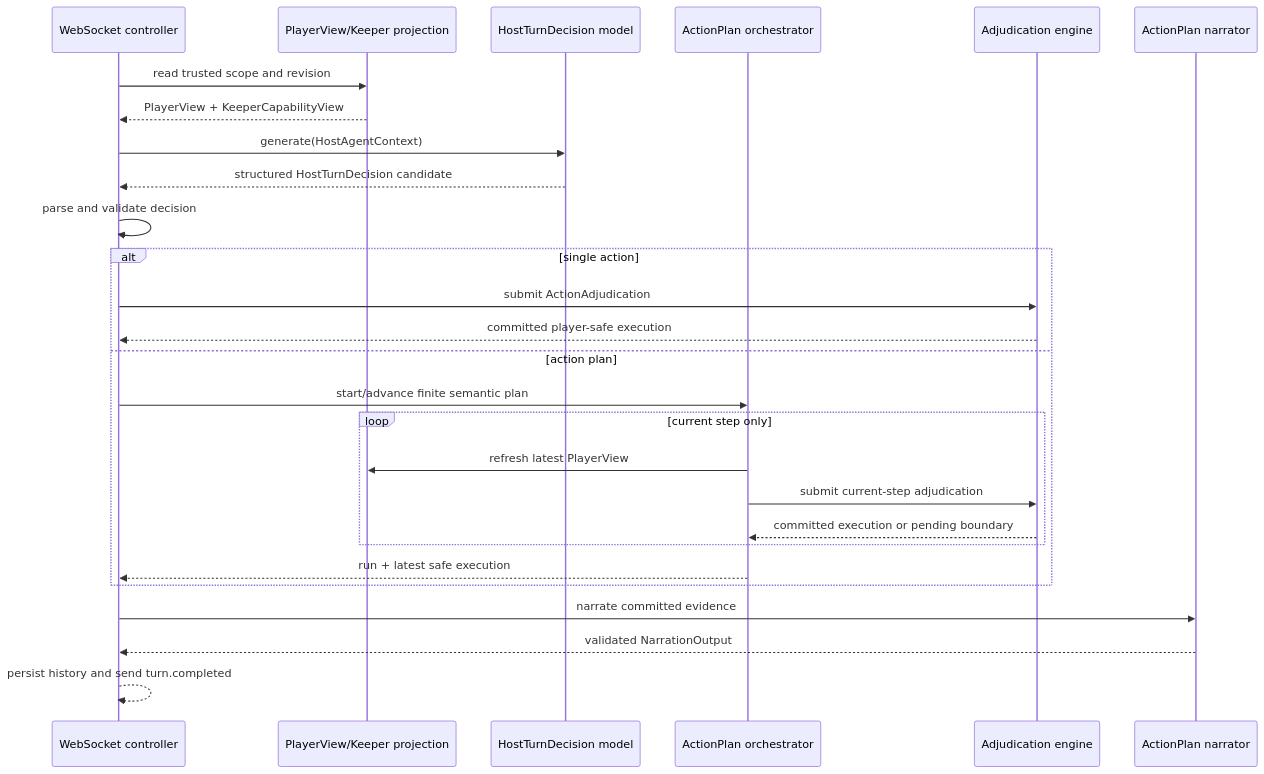
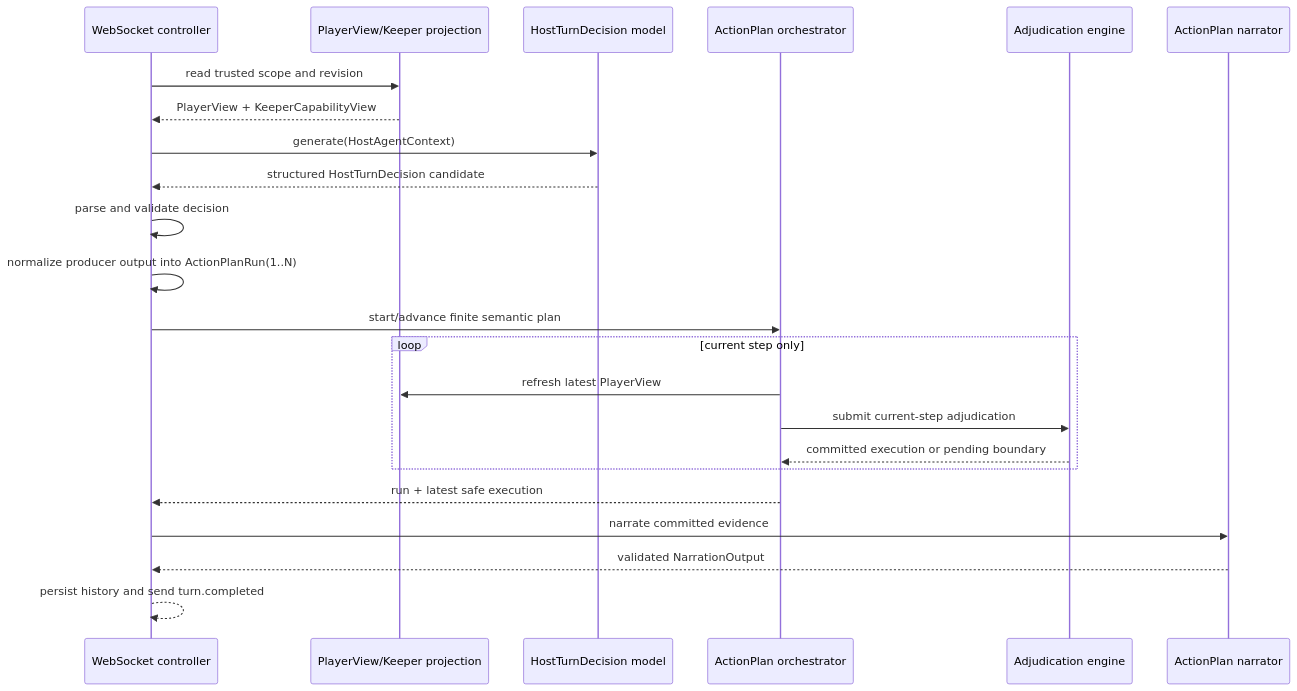
The first of 3 diagrams in agent-collaboration-framework/docs/architecture.md (1024XEngineer/TRPG-master), drawn with Mermaid before and after one commit. The commit also changed 36 other files, not shown here.

````diff
--- a/agent-collaboration-framework/docs/architecture.md
+++ b/agent-collaboration-framework/docs/architecture.md
@@ -16,30 +16,26 @@
 ```mermaid
 sequenceDiagram
     participant W as WebSocket controller
     participant V as PlayerView/Keeper projection
     participant P as HostTurnDecision model
     participant O as ActionPlan orchestrator
     participant E as Adjudication engine
     participant N as ActionPlan narrator
 
     W->>V: read trusted scope and revision
     V-->>W: PlayerView + KeeperCapabilityView
     W->>P: generate(HostAgentContext)
     P-->>W: structured HostTurnDecision candidate
     W->>W: parse and validate decision
-    alt single action
-        W->>E: submit ActionAdjudication
-        E-->>W: committed player-safe execution
-    else action plan
-        W->>O: start/advance finite semantic plan
-        loop current step only
-            O->>V: refresh latest PlayerView
-            O->>E: submit current-step adjudication
-            E-->>O: committed execution or pending boundary
-        end
-        O-->>W: run + latest safe execution
+    W->>W: normalize producer output into ActionPlanRun(1..N)
+    W->>O: start/advance finite semantic plan
+    loop current step only
+        O->>V: refresh latest PlayerView
+        O->>E: submit current-step adjudication
+        E-->>O: committed execution or pending boundary
     end
+    O-->>W: run + latest safe execution
     W->>N: narrate committed evidence
     N-->>W: validated NarrationOutput
     W-->>W: persist history and send turn.completed
 ```
````
